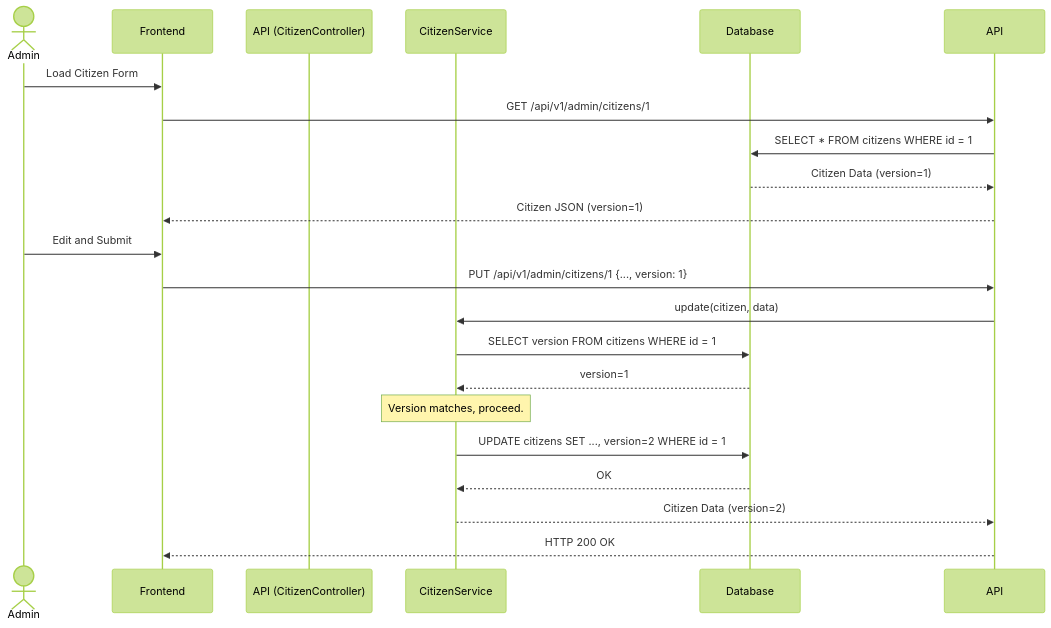
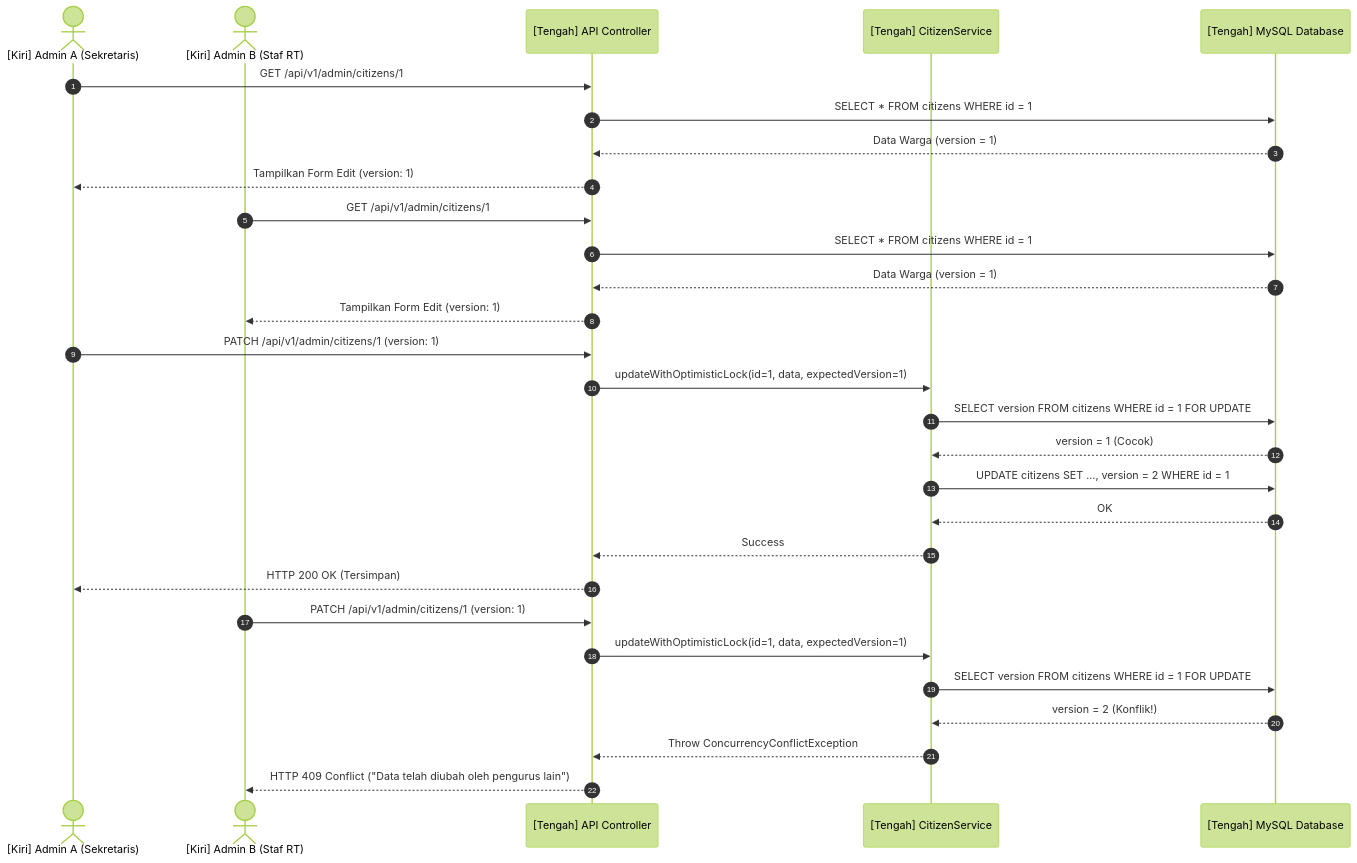
One commit to not162/platform-layanan-publik-warga changed the first of 2 diagrams in docs/design/DIAGRAMS.md. Above: the diagram before and after it, drawn with Mermaid (forest theme). The commit also changed other lines of this file and 4 other files, not shown here.

````diff
--- a/docs/design/DIAGRAMS.md
+++ b/docs/design/DIAGRAMS.md
@@ -5,25 +12,35 @@
 ```mermaid
 sequenceDiagram
-    actor Admin
-    participant Frontend
-    participant API (CitizenController)
-    participant CitizenService
-    participant Database
+    autonumber
+    actor Admin1 as [Kiri] Admin A (Sekretaris)
+    actor Admin2 as [Kiri] Admin B (Staf RT)
+    participant API as [Tengah] API Controller
+    participant Svc as [Tengah] CitizenService
+    participant DB as [Tengah] MySQL Database
 
-    Admin->>Frontend: Load Citizen Form
-    Frontend->>API: GET /api/v1/admin/citizens/1
-    API->>Database: SELECT * FROM citizens WHERE id = 1
-    Database-->>API: Citizen Data (version=1)
-    API-->>Frontend: Citizen JSON (version=1)
-    
-    Admin->>Frontend: Edit and Submit
-    Frontend->>API: PUT /api/v1/admin/citizens/1 {..., version: 1}
-    API->>CitizenService: update(citizen, data)
-    CitizenService->>Database: SELECT version FROM citizens WHERE id = 1
-    Database-->>CitizenService: version=1
-    Note over CitizenService: Version matches, proceed.
-    CitizenService->>Database: UPDATE citizens SET ..., version=2 WHERE id = 1
-    Database-->>CitizenService: OK
-    CitizenService-->>API: Citizen Data (version=2)
-    API-->>Frontend: HTTP 200 OK
+    Admin1->>API: GET /api/v1/admin/citizens/1
+    API->>DB: SELECT * FROM citizens WHERE id = 1
+    DB-->>API: Data Warga (version = 1)
+    API-->>Admin1: Tampilkan Form Edit (version: 1)
+
+    Admin2->>API: GET /api/v1/admin/citizens/1
+    API->>DB: SELECT * FROM citizens WHERE id = 1
+    DB-->>API: Data Warga (version = 1)
+    API-->>Admin2: Tampilkan Form Edit (version: 1)
+
+    Admin1->>API: PATCH /api/v1/admin/citizens/1 (version: 1)
+    API->>Svc: updateWithOptimisticLock(id=1, data, expectedVersion=1)
+    Svc->>DB: SELECT version FROM citizens WHERE id = 1 FOR UPDATE
+    DB-->>Svc: version = 1 (Cocok)
+    Svc->>DB: UPDATE citizens SET ..., version = 2 WHERE id = 1
+    DB-->>Svc: OK
+    Svc-->>API: Success
+    API-->>Admin1: HTTP 200 OK (Tersimpan)
+
+    Admin2->>API: PATCH /api/v1/admin/citizens/1 (version: 1)
+    API->>Svc: updateWithOptimisticLock(id=1, data, expectedVersion=1)
+    Svc->>DB: SELECT version FROM citizens WHERE id = 1 FOR UPDATE
+    DB-->>Svc: version = 2 (Konflik!)
+    Svc-->>API: Throw ConcurrencyConflictException
+    API-->>Admin2: HTTP 409 Conflict ("Data telah diubah oleh pengurus lain")
 ```
````
